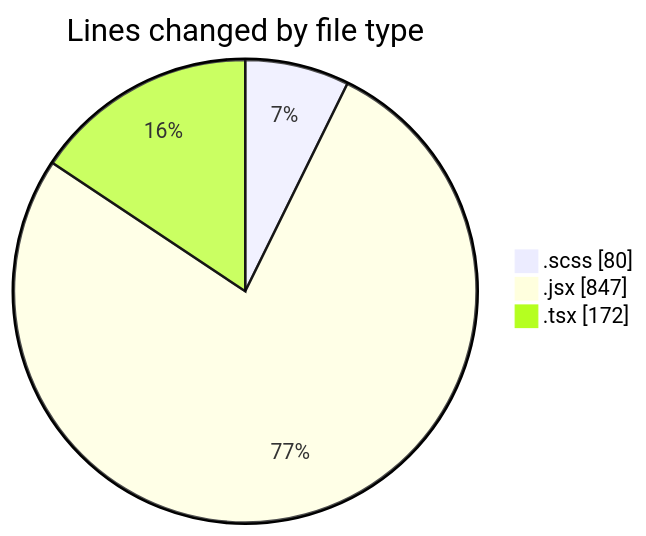
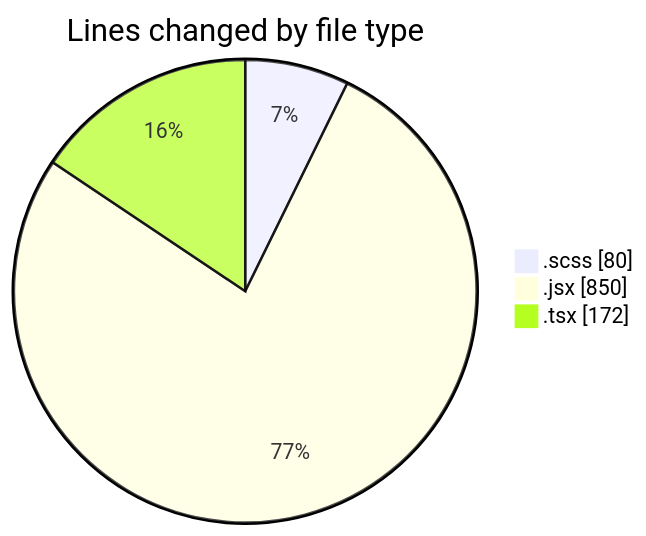
One commit to momahboobian/code-tracking changed the first of 2 diagrams in 2025-06-03/cda/README.md. Above: the diagram before and after it, drawn with Mermaid. The commit also changed other lines of this file and 1 other file, not shown here.

````diff
--- a/2025-06-03/cda/README.md
+++ b/2025-06-03/cda/README.md
@@ -23,7 +23,7 @@
 ```mermaid
 pie showData
 title Lines changed by file type
 ".scss" : 80
-".jsx" : 847
+".jsx" : 850
 ".tsx" : 172
 ```
````
